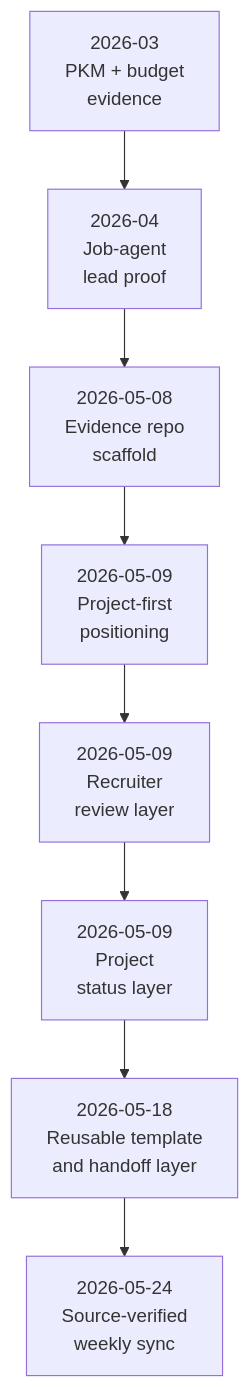
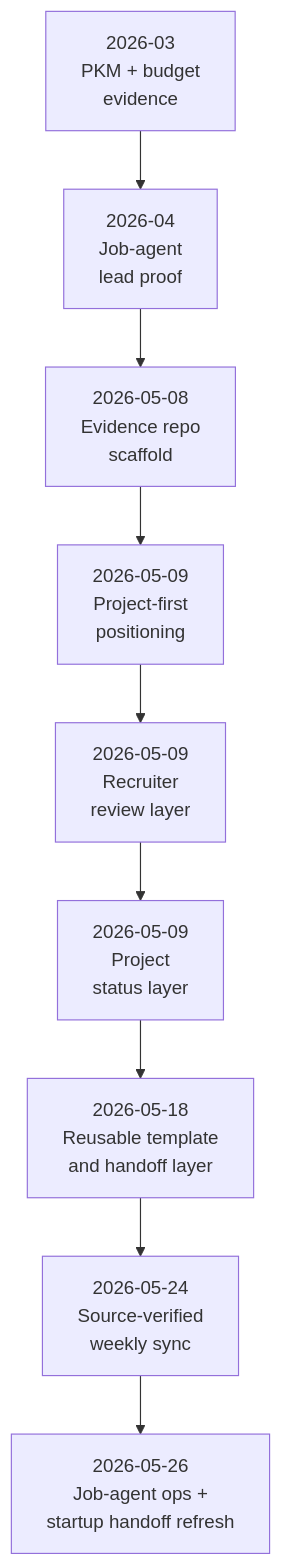
Before and after one commit to marcus-uden-dev/ai-native-proof-of-work: the diagram in PROJECT_TIMELINE.md, drawn with Mermaid. The commit also changed other lines of this file and 15 other files, not shown here.

````diff
--- a/PROJECT_TIMELINE.md
+++ b/PROJECT_TIMELINE.md
@@ -14,13 +14,14 @@
 ```mermaid
 flowchart TD
     M1["2026-03<br/>PKM + budget<br/>evidence"]
     M2["2026-04<br/>Job-agent<br/>lead proof"]
     M3["2026-05-08<br/>Evidence repo<br/>scaffold"]
     M4["2026-05-09<br/>Project-first<br/>positioning"]
     M5["2026-05-09<br/>Recruiter<br/>review layer"]
     M6["2026-05-09<br/>Project<br/>status layer"]
     M7["2026-05-18<br/>Reusable template<br/>and handoff layer"]
     M8["2026-05-24<br/>Source-verified<br/>weekly sync"]
+    M9["2026-05-26<br/>Job-agent ops +<br/>startup handoff refresh"]
 
-    M1 --> M2 --> M3 --> M4 --> M5 --> M6 --> M7 --> M8
+    M1 --> M2 --> M3 --> M4 --> M5 --> M6 --> M7 --> M8 --> M9
 ```
````
